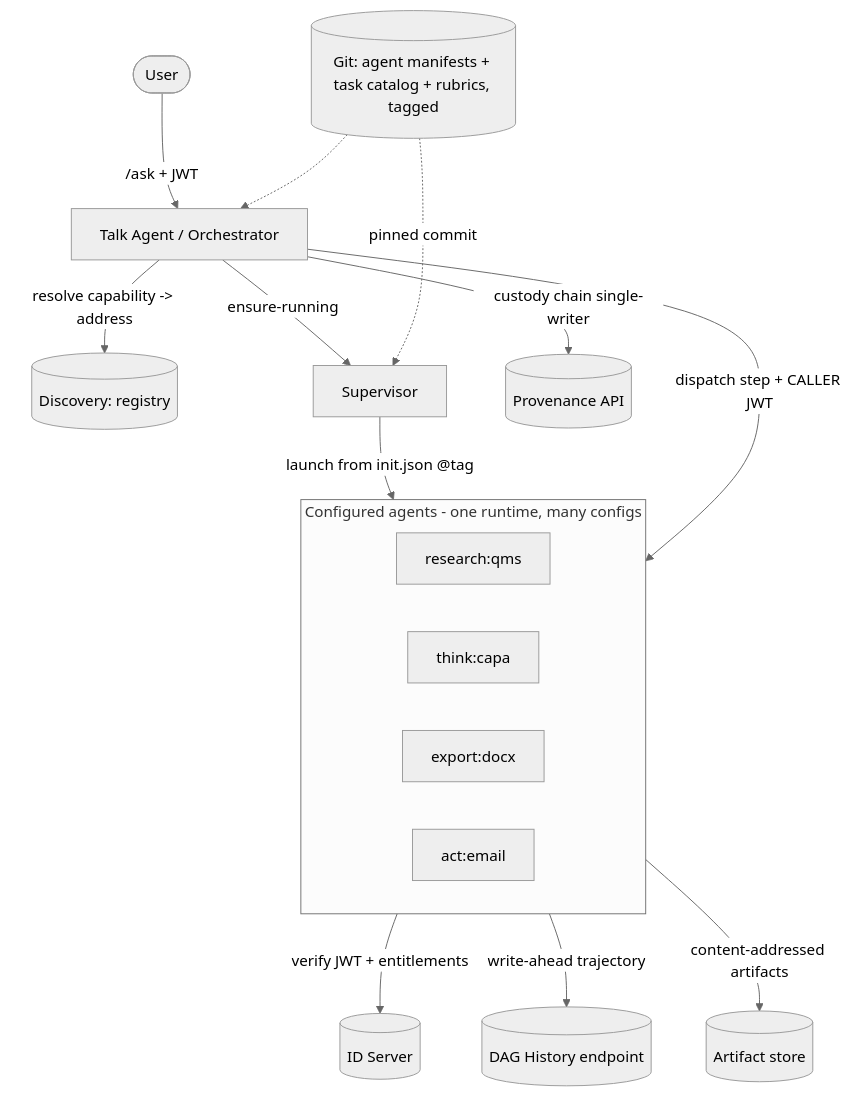
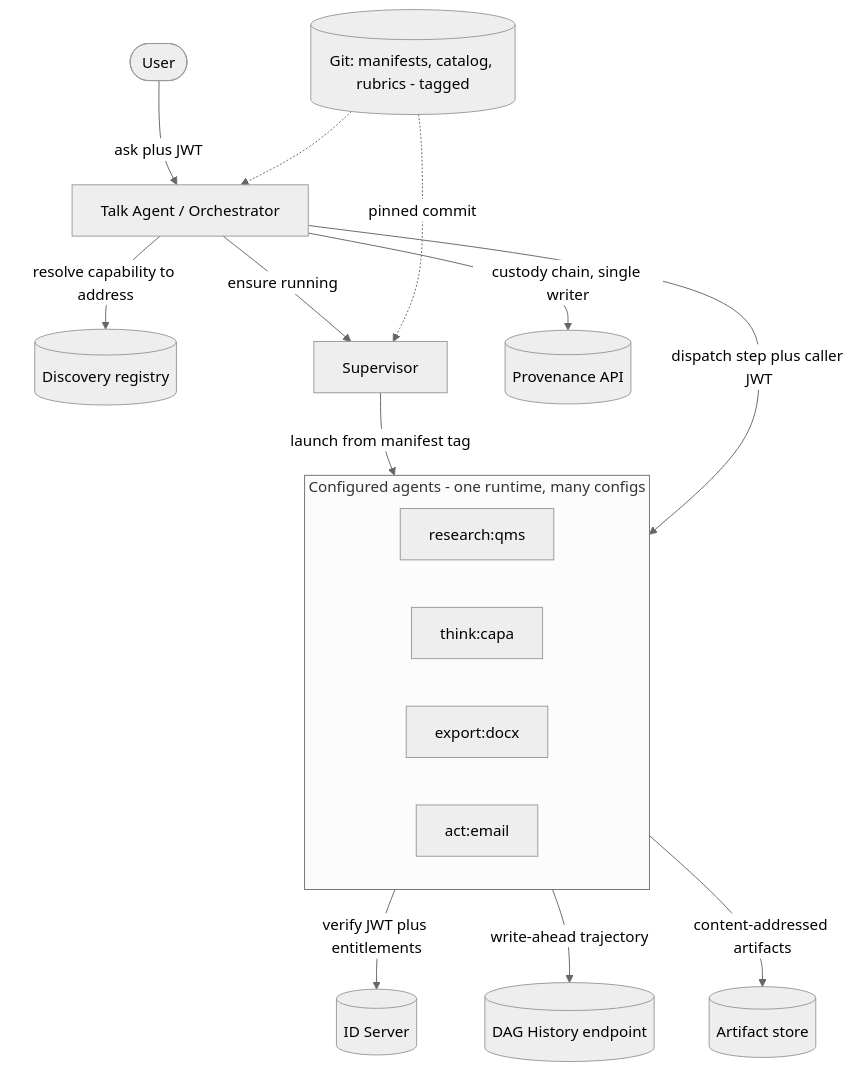
One commit to devausrehamd/rehamdmacflow changed the first of 2 diagrams in docs/specs/SPEC-agent-platform-and-control-plane.md. Above: the diagram before and after it, drawn with Mermaid (neutral theme). The commit also changed other lines of this file, not shown here.

Commit message:
docs(spec): fix mermaid diagrams (semicolons/parens broke the sequence render)
The /ask sequence diagram failed to render on GitHub: mermaid treats ';' as a
statement separator, so 'produce artifact (hash)' parsed as a new statement.
Rewrote both diagrams to be render-safe — no semicolons, parens, braces, quotes,
or bare arrows inside messages; node labels quoted.

````diff
--- a/docs/specs/SPEC-agent-platform-and-control-plane.md
+++ b/docs/specs/SPEC-agent-platform-and-control-plane.md
@@ -38,20 +38,20 @@
 ```mermaid
 flowchart TB
-  user([User]) -->|/ask + JWT| talk[Talk Agent / Orchestrator]
-  talk -->|resolve capability -> address| disc[(Discovery: registry)]
-  talk -->|ensure-running| sup[Supervisor]
-  sup -->|launch from init.json @tag| agents
-  subgraph agents[Configured agents - one runtime, many configs]
-    r[research:qms]
-    t[think:capa]
-    x[export:docx]
-    a[act:email]
+  user([User]) -->|ask plus JWT| talk["Talk Agent / Orchestrator"]
+  talk -->|resolve capability to address| disc[("Discovery registry")]
+  talk -->|ensure running| sup["Supervisor"]
+  sup -->|launch from manifest tag| agents
+  subgraph agents["Configured agents - one runtime, many configs"]
+    r["research:qms"]
+    t["think:capa"]
+    x["export:docx"]
+    a["act:email"]
   end
-  talk -->|dispatch step + CALLER JWT| agents
-  agents -->|verify JWT + entitlements| ids[(ID Server)]
-  talk -->|custody chain single-writer| prov[(Provenance API)]
-  agents -->|write-ahead trajectory| hist[(DAG History endpoint)]
-  agents -->|content-addressed artifacts| store[(Artifact store)]
-  cfg[(Git: agent manifests + task catalog + rubrics, tagged)] -.->|pinned commit| sup
+  talk -->|dispatch step plus caller JWT| agents
+  agents -->|verify JWT plus entitlements| ids[("ID Server")]
+  talk -->|custody chain, single writer| prov[("Provenance API")]
+  agents -->|write-ahead trajectory| hist[("DAG History endpoint")]
+  agents -->|content-addressed artifacts| store[("Artifact store")]
+  cfg[("Git: manifests, catalog, rubrics - tagged")] -.->|pinned commit| sup
   cfg -.-> talk
 ```
````
